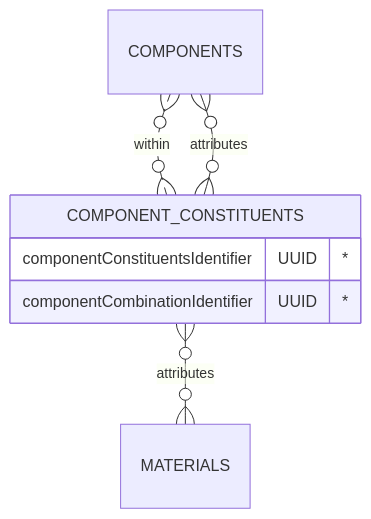
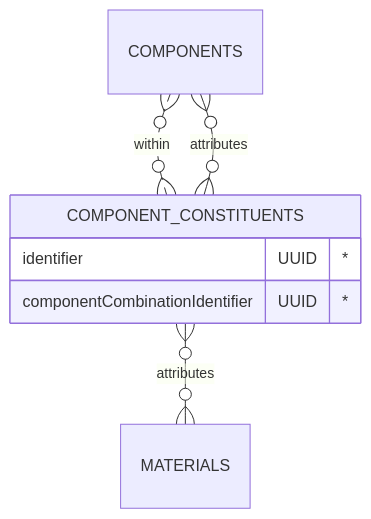
The diagram in docs/constituent-lists/component-constituents.md (OpenDataManchester/OSTFD), drawn with Mermaid before and after one commit. The commit also changed other lines of this file and 46 other files, not shown here.

````diff
--- a/docs/constituent-lists/component-constituents.md
+++ b/docs/constituent-lists/component-constituents.md
@@ -18,11 +18,11 @@
 ``` mermaid
 erDiagram
 
   COMPONENTS }o..o{ COMPONENT_CONSTITUENTS : within
   COMPONENT_CONSTITUENTS {
-    componentConstituentsIdentifier UUID "*"
+    identifier UUID "*"
     componentCombinationIdentifier UUID "*"
   }
   COMPONENT_CONSTITUENTS }o--o{ MATERIALS : attributes
   COMPONENT_CONSTITUENTS }o--o{ COMPONENTS : attributes
 ```
````
